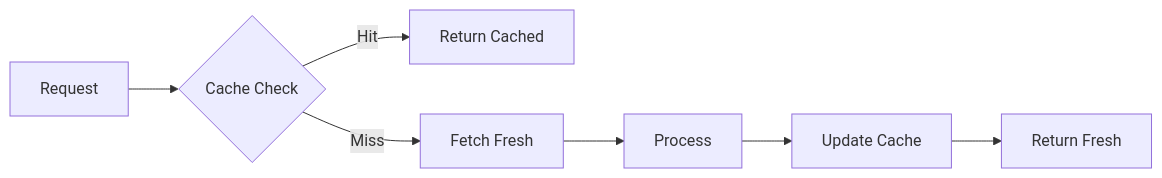
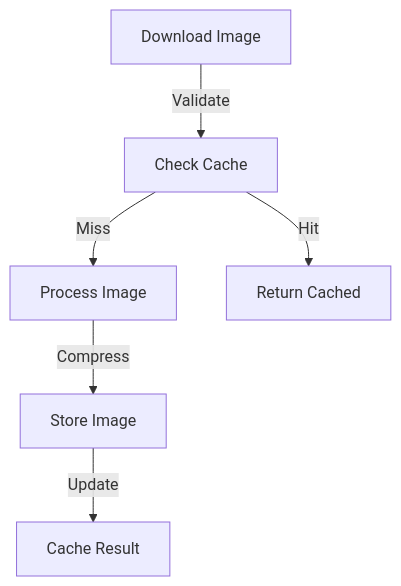
Before and after one commit to mrw1986/fftcg-sync-service: the second of 2 diagrams in docs/architecture.md, drawn with Mermaid. The commit also changed other lines of this file and 22 other files, not shown here.

Commit message:
Fixed project structure diagram and file structure. Fixed authentication. Last working build.

````diff
--- a/docs/architecture.md
+++ b/docs/architecture.md
@@ -140,9 +182,8 @@
 ```mermaid
-graph LR
-    A[Request] --> B{Cache Check}
-    B -->|Hit| C[Return Cached]
-    B -->|Miss| D[Fetch Fresh]
-    D --> E[Process]
-    E --> F[Update Cache]
-    F --> G[Return Fresh]
+graph TD
+    A[Download Image] -->|Validate| B[Check Cache]
+    B -->|Miss| C[Process Image]
+    C -->|Compress| D[Store Image]
+    D -->|Update| E[Cache Result]
+    B -->|Hit| F[Return Cached]
 ```
````
